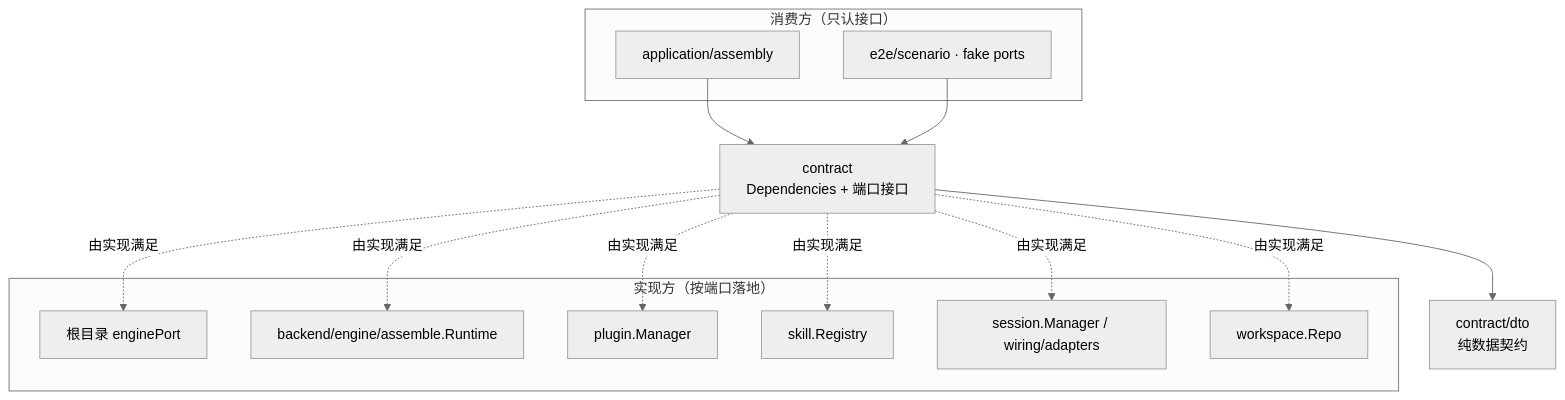
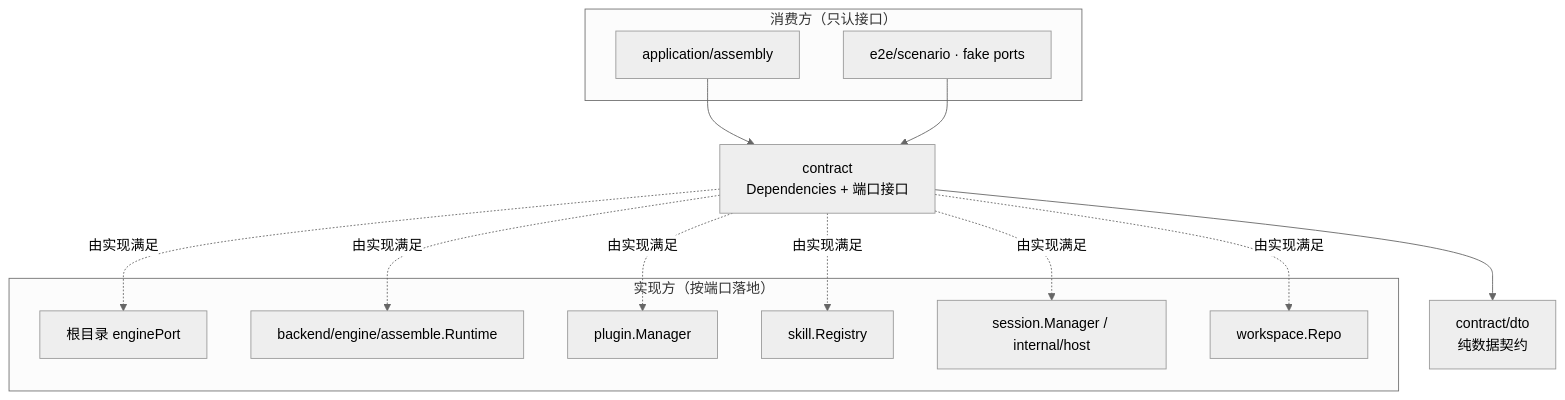
One commit to RedHuang-0622/seelex changed the first of 2 diagrams in contract/README.md. Above: the diagram before and after it, drawn with Mermaid (neutral theme). The commit also changed other lines of this file and 183 other files, not shown here.

````diff
--- a/contract/README.md
+++ b/contract/README.md
@@ -37,30 +37,30 @@
 ```mermaid
 flowchart TB
     subgraph CONSUMER["消费方（只认接口）"]
         CORE["application/assembly"]
         TEST["e2e/scenario · fake ports"]
     end
 
     CONTRACT["contract<br/>Dependencies + 端口接口"]
 
     subgraph IMPL["实现方（按端口落地）"]
         ENGINE["根目录 enginePort"]
         RUNTIME["backend/engine/assemble.Runtime"]
         PLUGIN["plugin.Manager"]
         SKILL["skill.Registry"]
-        SESSION["session.Manager / wiring/adapters"]
+        SESSION["session.Manager / internal/host"]
         WS["workspace.Repo"]
     end
 
     DTO["contract/dto<br/>纯数据契约"]
 
     CORE --> CONTRACT
     TEST --> CONTRACT
     CONTRACT --> DTO
     CONTRACT -.->|由实现满足| ENGINE
     CONTRACT -.->|由实现满足| RUNTIME
     CONTRACT -.->|由实现满足| PLUGIN
     CONTRACT -.->|由实现满足| SKILL
     CONTRACT -.->|由实现满足| SESSION
     CONTRACT -.->|由实现满足| WS
 ```
````
